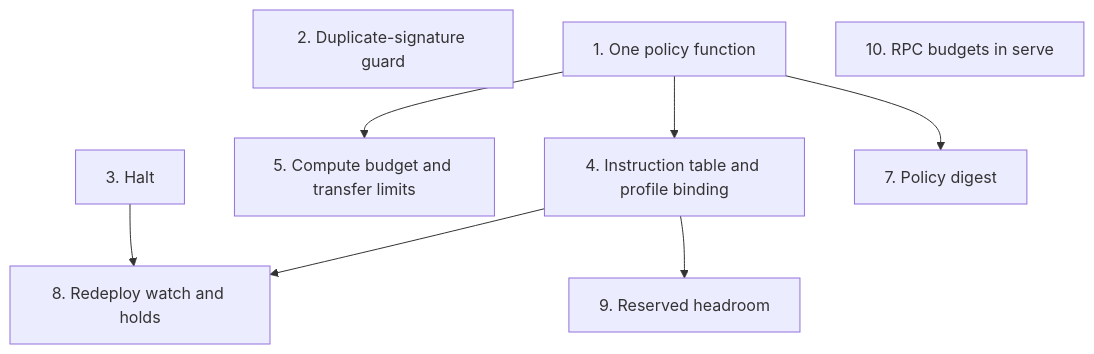
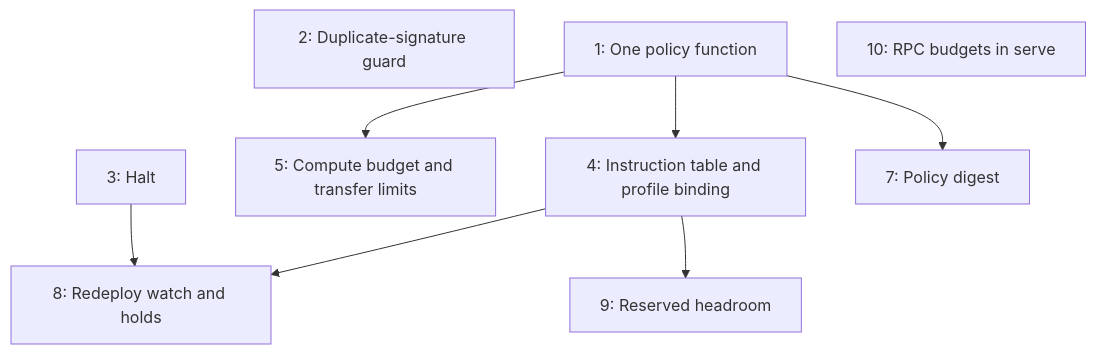
The diagram in docs/src/dev/hardening.md (ttdonovan/sa-forge-signer), drawn with Mermaid before and after one commit. The commit also changed 1 other file, not shown here.

Commit message:
docs: fix the RPC call diagram's syntax error and the build-order chart's list labels.

````diff
--- a/docs/src/dev/hardening.md
+++ b/docs/src/dev/hardening.md
@@ -19,18 +19,18 @@
 ```mermaid
 flowchart TD
-    D["2. Duplicate-signature guard"]
-    H["3. Halt"]
-    P["1. One policy function"]
-    C["5. Compute budget and transfer limits"]
-    T["4. Instruction table and profile binding"]
-    DG["7. Policy digest"]
-    U["8. Redeploy watch and holds"]
-    R["9. Reserved headroom"]
-    B["10. RPC budgets in serve"]
+    D["2: Duplicate-signature guard"]
+    H["3: Halt"]
+    P["1: One policy function"]
+    C["5: Compute budget and transfer limits"]
+    T["4: Instruction table and profile binding"]
+    DG["7: Policy digest"]
+    U["8: Redeploy watch and holds"]
+    R["9: Reserved headroom"]
+    B["10: RPC budgets in serve"]
     P --> C
     P --> T
     T --> U
     T --> R
     P --> DG
     H --> U
 ```
````
